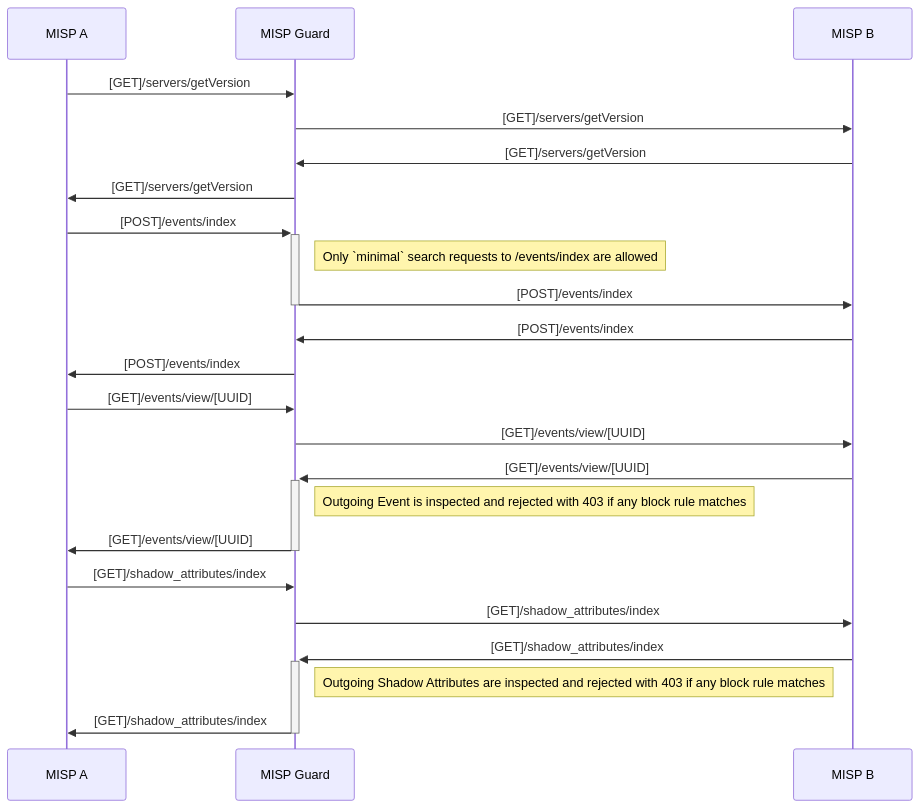
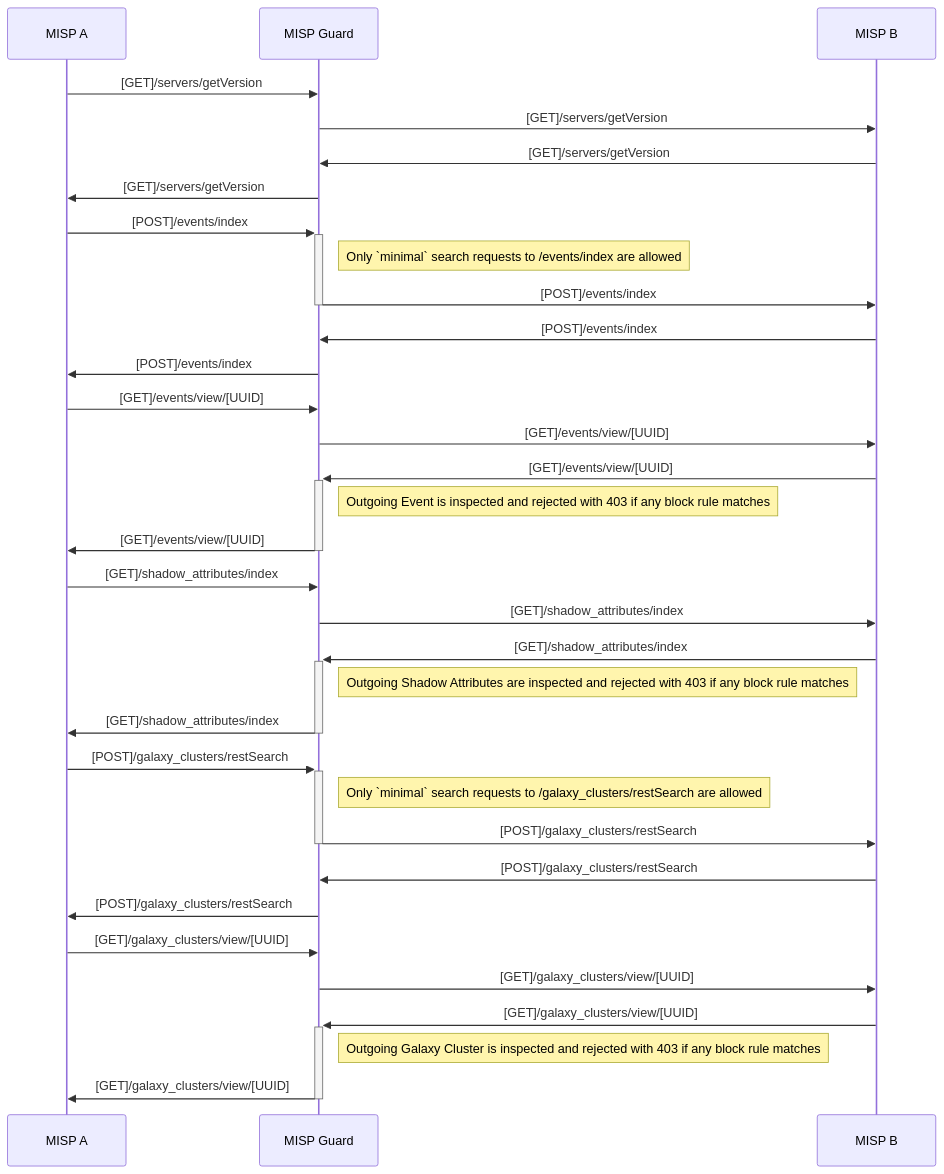
The second of 2 diagrams in README.md (MISP/misp-guard), drawn with Mermaid before and after one commit. The commit also changed other lines of this file, not shown here.

Commit message:
new: update docs to reflect galaxy clusters sync

````diff
--- a/README.md
+++ b/README.md
@@ -44,29 +52,41 @@
 ```mermaid
 sequenceDiagram
     participant MISP A
     participant MISP Guard
     participant MISP B
 
     MISP A->>MISP Guard: [GET]/servers/getVersion
     MISP Guard->>MISP B: [GET]/servers/getVersion
     MISP B->>MISP Guard: [GET]/servers/getVersion
     MISP Guard->>MISP A: [GET]/servers/getVersion
 
     MISP A->>+MISP Guard: [POST]/events/index
     note right of MISP Guard: Only `minimal` search requests to /events/index are allowed
     MISP Guard->>-MISP B: [POST]/events/index
     MISP B->>MISP Guard: [POST]/events/index
     MISP Guard->>MISP A: [POST]/events/index
 
     MISP A->>MISP Guard: [GET]/events/view/[UUID]
     MISP Guard->>MISP B: [GET]/events/view/[UUID]
     MISP B->>+MISP Guard: [GET]/events/view/[UUID]
     note right of MISP Guard: Outgoing Event is inspected and rejected with 403 if any block rule matches
     MISP Guard->>-MISP A: [GET]/events/view/[UUID]
 
     MISP A->>MISP Guard: [GET]/shadow_attributes/index
     MISP Guard->>MISP B: [GET]/shadow_attributes/index
     MISP B->>+MISP Guard: [GET]/shadow_attributes/index
     note right of MISP Guard: Outgoing Shadow Attributes are inspected and rejected with 403 if any block rule matches
     MISP Guard->>-MISP A: [GET]/shadow_attributes/index
+
+    MISP A->>+MISP Guard: [POST]/galaxy_clusters/restSearch
+    note right of MISP Guard: Only `minimal` search requests to /galaxy_clusters/restSearch are allowed
+    MISP Guard->>-MISP B: [POST]/galaxy_clusters/restSearch
+    MISP B->>MISP Guard: [POST]/galaxy_clusters/restSearch
+    MISP Guard->>MISP A: [POST]/galaxy_clusters/restSearch
+
+    MISP A->>MISP Guard: [GET]/galaxy_clusters/view/[UUID]
+    MISP Guard->>MISP B: [GET]/galaxy_clusters/view/[UUID]
+    MISP B->>+MISP Guard: [GET]/galaxy_clusters/view/[UUID]
+    note right of MISP Guard: Outgoing Galaxy Cluster is inspected and rejected with 403 if any block rule matches
+    MISP Guard->>-MISP A: [GET]/galaxy_clusters/view/[UUID]
 ```
````
